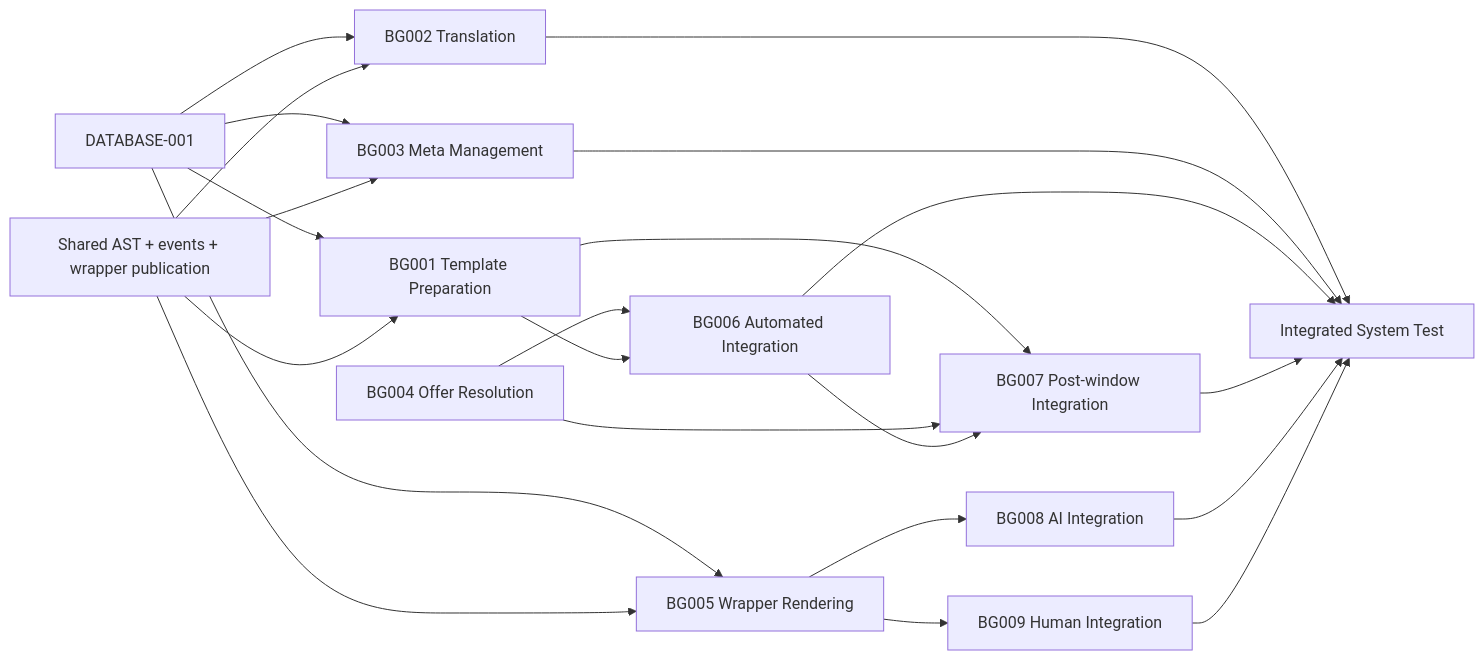
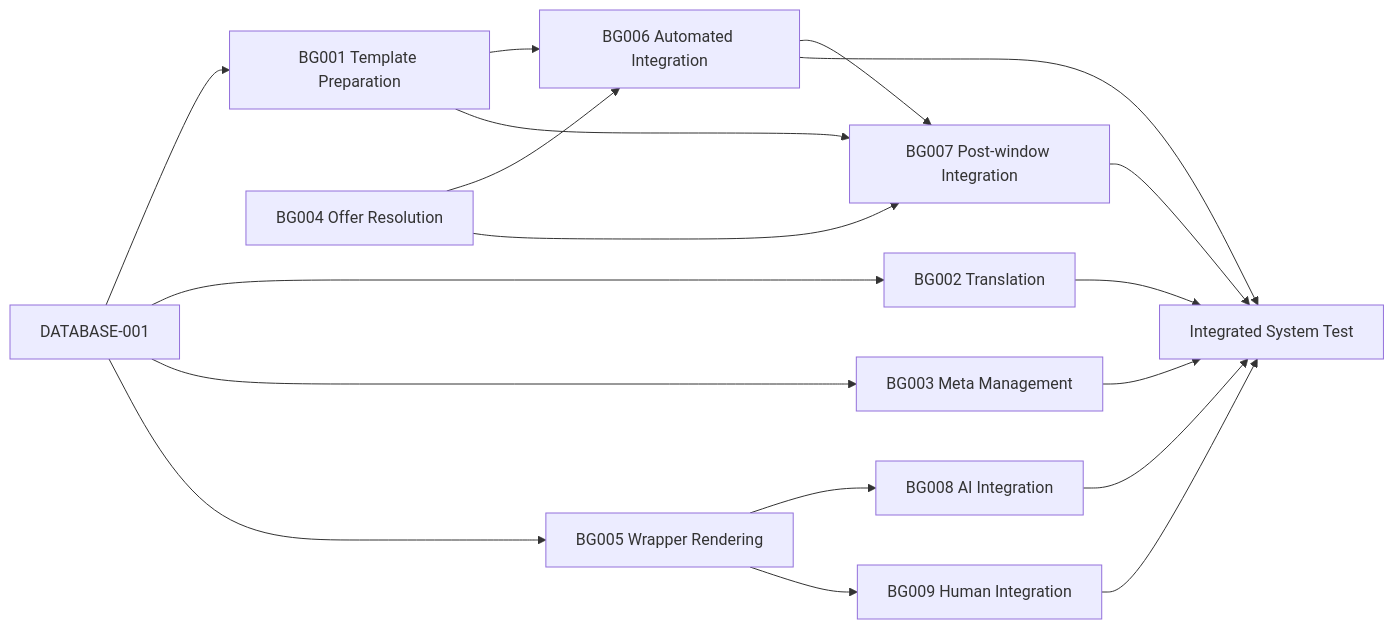
The second of 2 diagrams in docs/architecture/ARCH-047-admin-managed-whatsapp-template-catalogue.md (kodjobaah/moda-interact-workspace), drawn with Mermaid before and after one commit. The commit also changed other lines of this file and 9 other files, not shown here.

````diff
--- a/docs/architecture/ARCH-047-admin-managed-whatsapp-template-catalogue.md
+++ b/docs/architecture/ARCH-047-admin-managed-whatsapp-template-catalogue.md
@@ -198,24 +200,20 @@
 ```mermaid
 flowchart LR
   DB[DATABASE-001] --> B1[BG001 Template Preparation]
   DB --> B2[BG002 Translation]
   DB --> B3[BG003 Meta Management]
   DB --> B5[BG005 Wrapper Rendering]
-  S[Shared AST + events + wrapper publication] --> B1
-  S --> B2
-  S --> B3
-  S --> B5
   B4[BG004 Offer Resolution] --> B6[BG006 Automated Integration]
   B1 --> B6
   B1 --> B7[BG007 Post-window Integration]
   B4 --> B7
   B6 --> B7
   B5 --> B8[BG008 AI Integration]
   B5 --> B9[BG009 Human Integration]
   B2 --> T[Integrated System Test]
   B3 --> T
   B6 --> T
   B7 --> T
   B8 --> T
   B9 --> T
 ```
````
